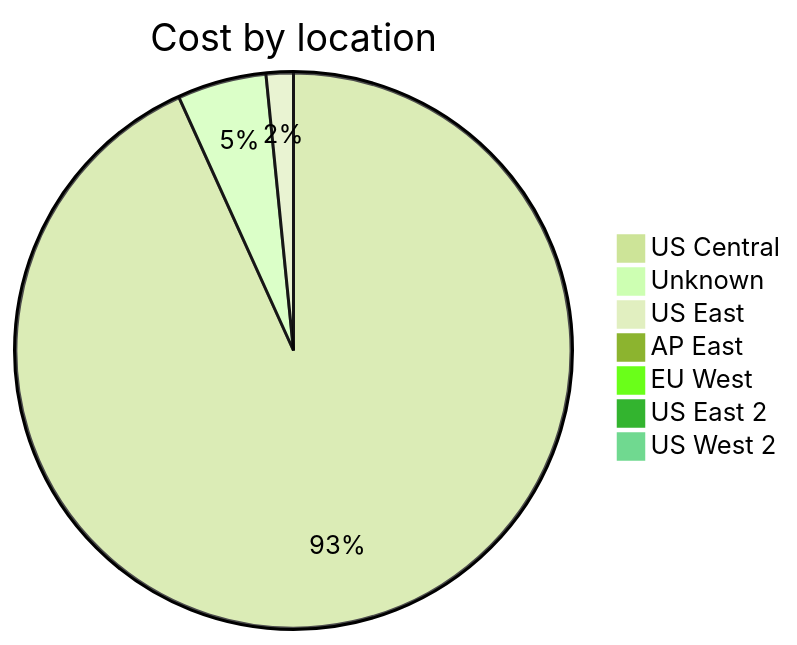
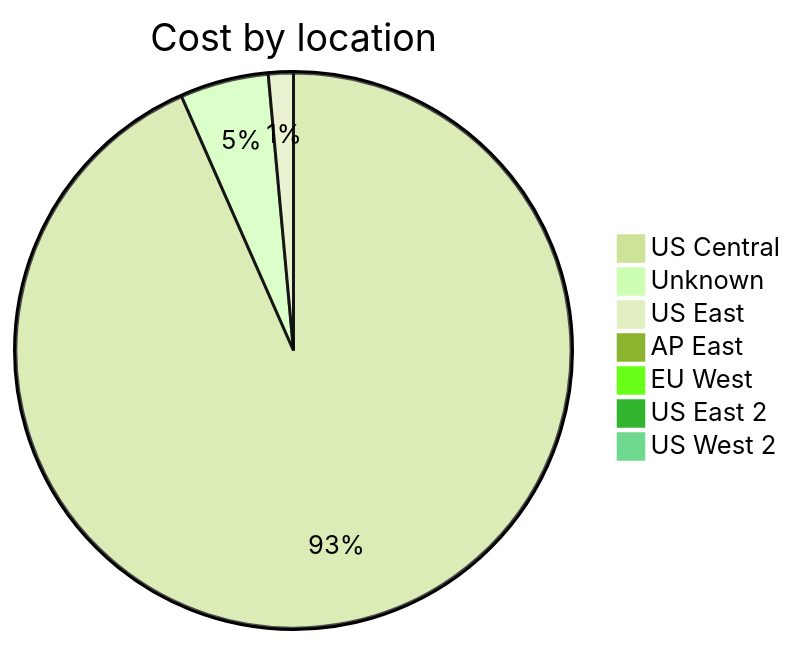
One commit to jpfulton/azure-personal-reports changed the third of 4 diagrams in cost-reports/accumulated-cost.md. Above: the diagram before and after it, drawn with Mermaid (forest theme). The commit also changed other lines of this file and 4 other files, not shown here.

````diff
--- a/cost-reports/accumulated-cost.md
+++ b/cost-reports/accumulated-cost.md
@@ -123,11 +123,11 @@
 ```mermaid
 pie
    title Cost by location
-   "US Central" : 6.48
-   "Unknown" : 0.36
+   "US Central" : 7.07
+   "Unknown" : 0.39
    "US East" : 0.11
    "AP East" : 0.00
    "EU West" : 0.00
    "US East 2" : 0.00
    "US West 2" : 0.00
 ```
````
